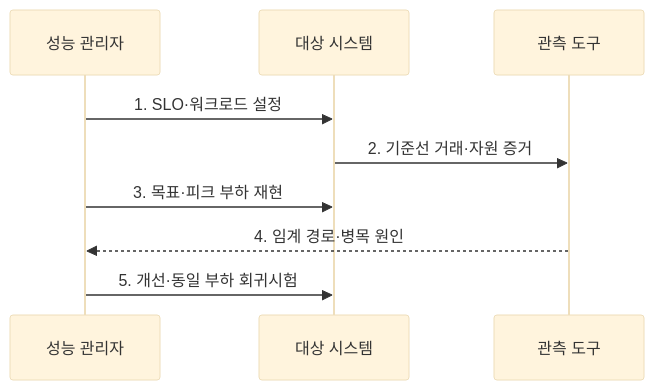
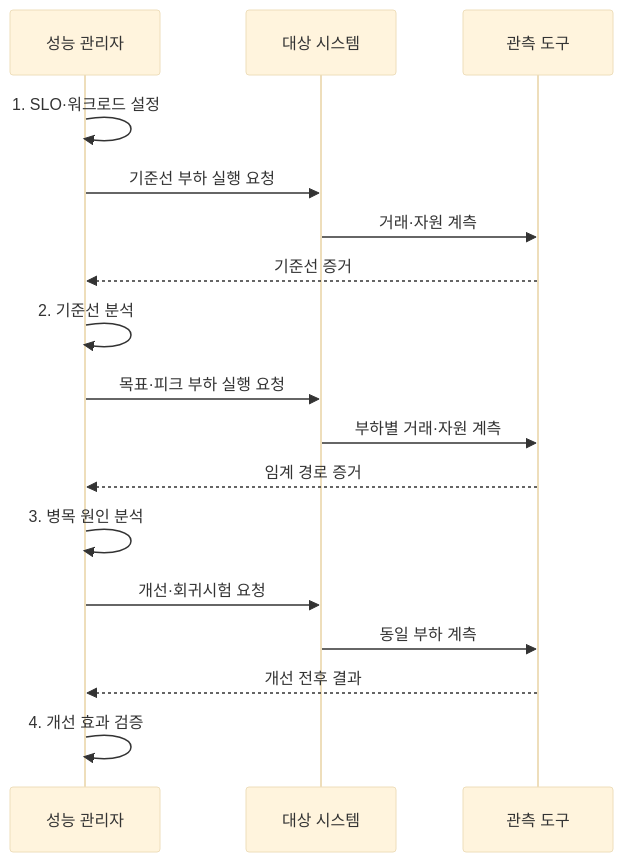
Before and after one commit to agnusdei1207/knowledge-base: the second of 2 diagrams in src/content/docs/notes/06-evaluation/049_is_performance_management.md, drawn with Mermaid (base theme). The commit also changed other lines of this file and 11 other files, not shown here.

````diff
--- a/src/content/docs/notes/06-evaluation/049_is_performance_management.md
+++ b/src/content/docs/notes/06-evaluation/049_is_performance_management.md
@@ -86,11 +86,19 @@
 ```mermaid
 sequenceDiagram
     participant M as 성능 관리자
     participant S as 대상 시스템
     participant A as 관측 도구
-    M->>S: 1. SLO·워크로드 설정
-    S->>A: 2. 기준선 거래·자원 증거
-    M->>S: 3. 목표·피크 부하 재현
-    A-->>M: 4. 임계 경로·병목 원인
-    M->>S: 5. 개선·동일 부하 회귀시험
+    M->>M: 1. SLO·워크로드 설정
+    M->>S: 기준선 부하 실행 요청
+    S->>A: 거래·자원 계측
+    A-->>M: 기준선 증거
+    M->>M: 2. 기준선 분석
+    M->>S: 목표·피크 부하 실행 요청
+    S->>A: 부하별 거래·자원 계측
+    A-->>M: 임계 경로 증거
+    M->>M: 3. 병목 원인 분석
+    M->>S: 개선·회귀시험 요청
+    S->>A: 동일 부하 계측
+    A-->>M: 개선 전후 결과
+    M->>M: 4. 개선 효과 검증
 ```
````
